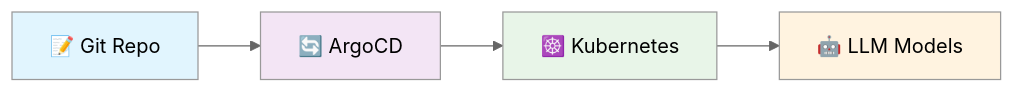
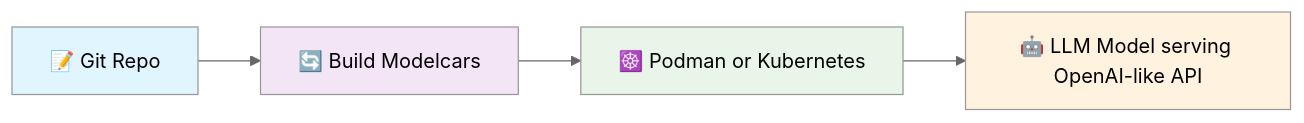
The first of 2 diagrams in README.md (kush-gupt/ramalama-k8s), drawn with Mermaid (neutral theme) before and after one commit. The commit also changed other lines of this file and 7 other files, not shown here.

````diff
--- a/README.md
+++ b/README.md
@@ -22,11 +22,11 @@
 ```mermaid
 graph LR
-    A[📝 Git Repo] --> B[🔄 ArgoCD]
-    B --> C[☸️ Kubernetes]
-    C --> D[🤖 LLM Models]
+    A[📝 Git Repo] --> B[🔄 Build Modelcars]
+    B --> C[☸️ Podman or Kubernetes]
+    C --> D[🤖 LLM Model serving OpenAI-like API]
     
     style A fill:#e1f5fe
     style B fill:#f3e5f5
     style C fill:#e8f5e8
     style D fill:#fff3e0
 ```
````
